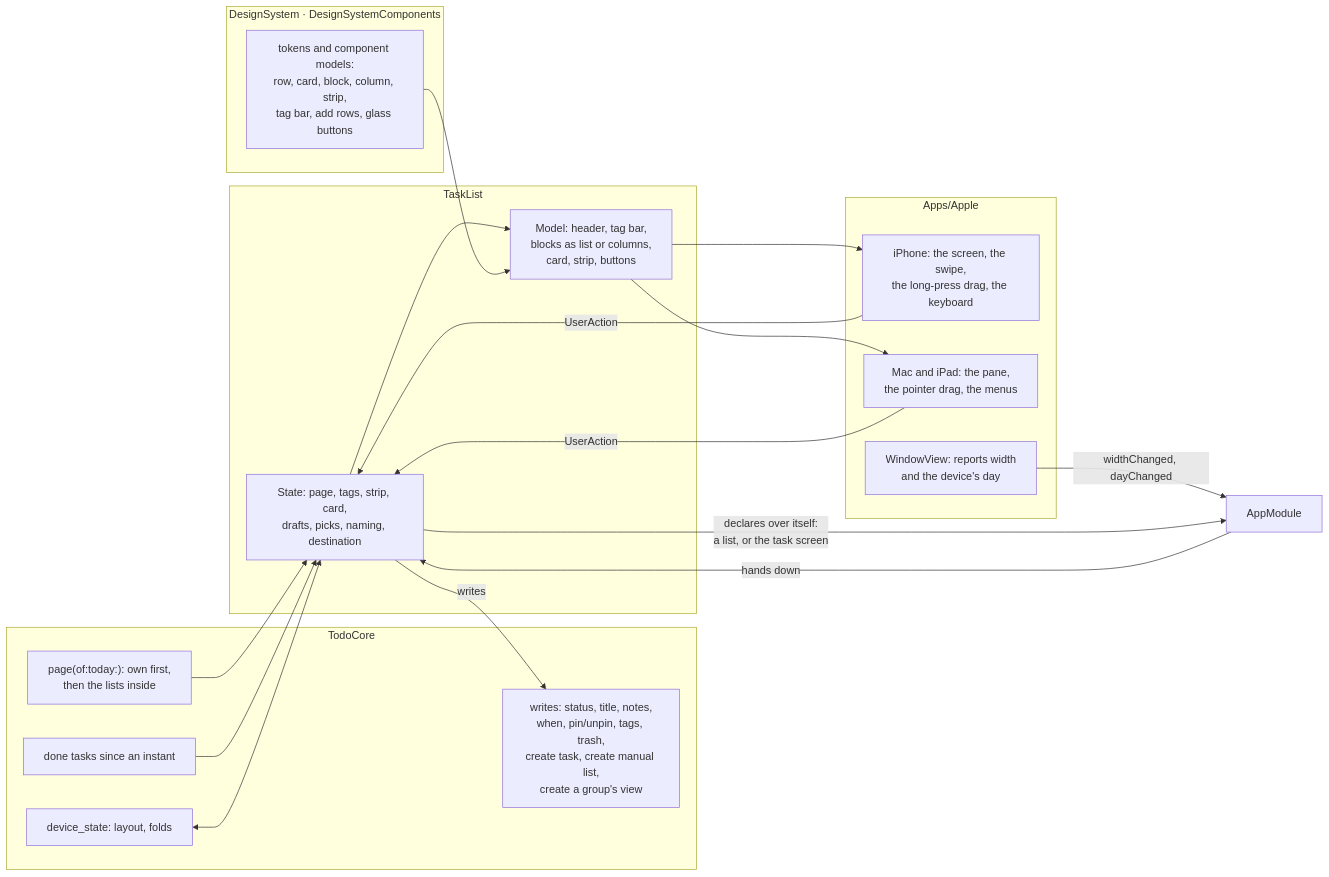
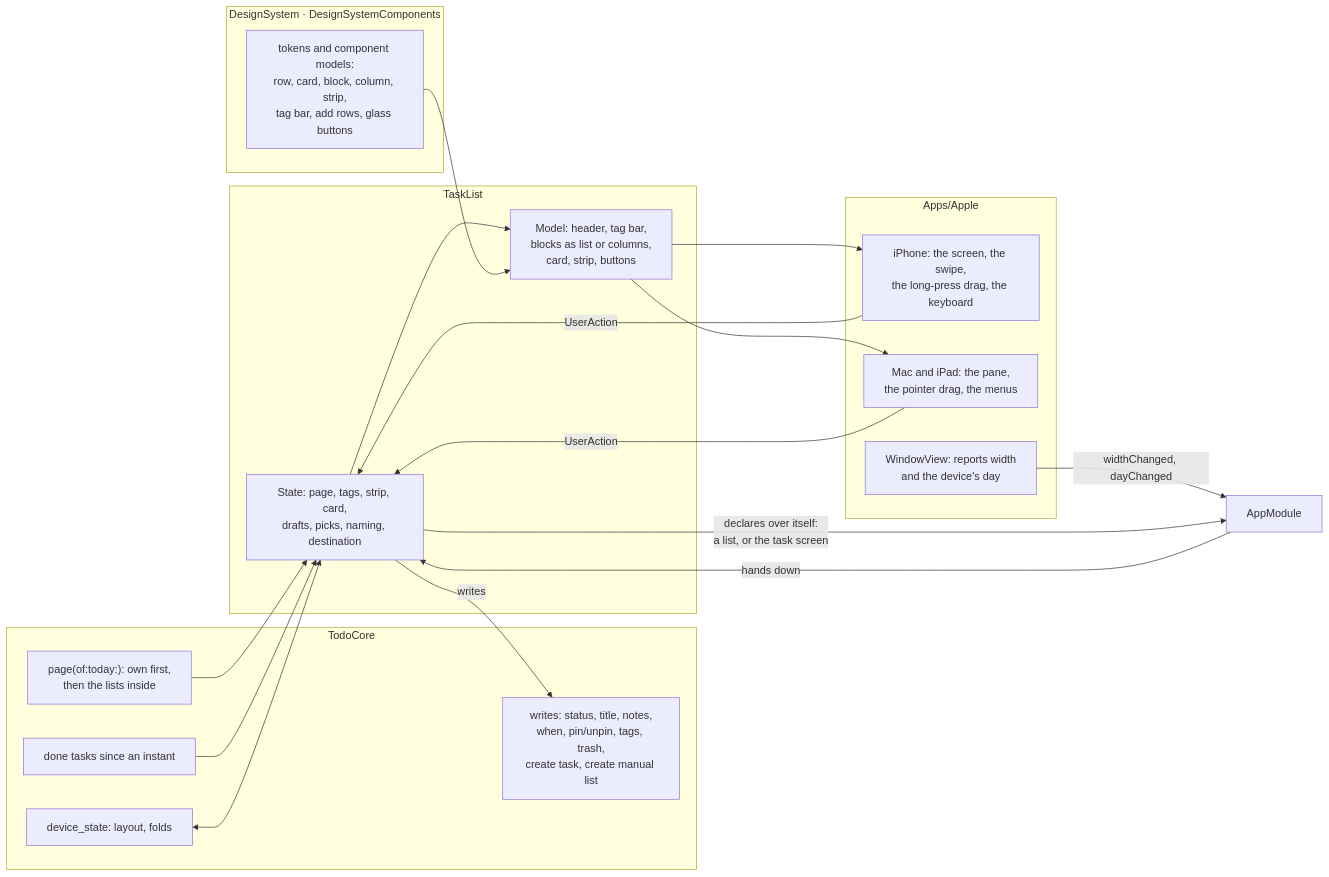
One commit to maldrakar/todo-app changed the diagram in docs/specs/list-screen.md. Above: the diagram before and after it, drawn with Mermaid. The commit also changed other lines of this file and 16 other files, not shown here.

````diff
--- a/docs/specs/list-screen.md
+++ b/docs/specs/list-screen.md
@@ -179,35 +189,35 @@
 ```mermaid
 flowchart LR
   subgraph Core["TodoCore"]
     P["page(of:today:): own first,<br/>then the lists inside"]
     D["done tasks since an instant"]
-    W["writes: status, title, notes,<br/>when, pin/unpin, tags, trash,<br/>create task, create manual list,<br/>create a group's view"]
+    W["writes: status, title, notes,<br/>when, pin/unpin, tags, trash,<br/>create task, create manual list"]
     S["device_state: layout, folds"]
   end
   subgraph Module["TaskList"]
     T["State: page, tags, strip, card,<br/>drafts, picks, naming, destination"]
     M["Model: header, tag bar,<br/>blocks as list or columns,<br/>card, strip, buttons"]
   end
   subgraph DS["DesignSystem · DesignSystemComponents"]
     C["tokens and component models:<br/>row, card, block, column, strip,<br/>tag bar, add rows, glass buttons"]
   end
   subgraph Apple["Apps/Apple"]
     I["iPhone: the screen, the swipe,<br/>the long-press drag, the keyboard"]
     K["Mac and iPad: the pane,<br/>the pointer drag, the menus"]
     V["WindowView: reports width<br/>and the device's day"]
   end
   R["AppModule"]
   P --> T
   D --> T
   S <--> T
   T --> M
   C --> M
   M --> I
   M --> K
   I -- "UserAction" --> T
   K -- "UserAction" --> T
   T -- "writes" --> W
   V -- "widthChanged, dayChanged" --> R
   R -- "hands down" --> T
   T -- "declares over itself:<br/>a list, or the task screen" --> R
 ```
````
